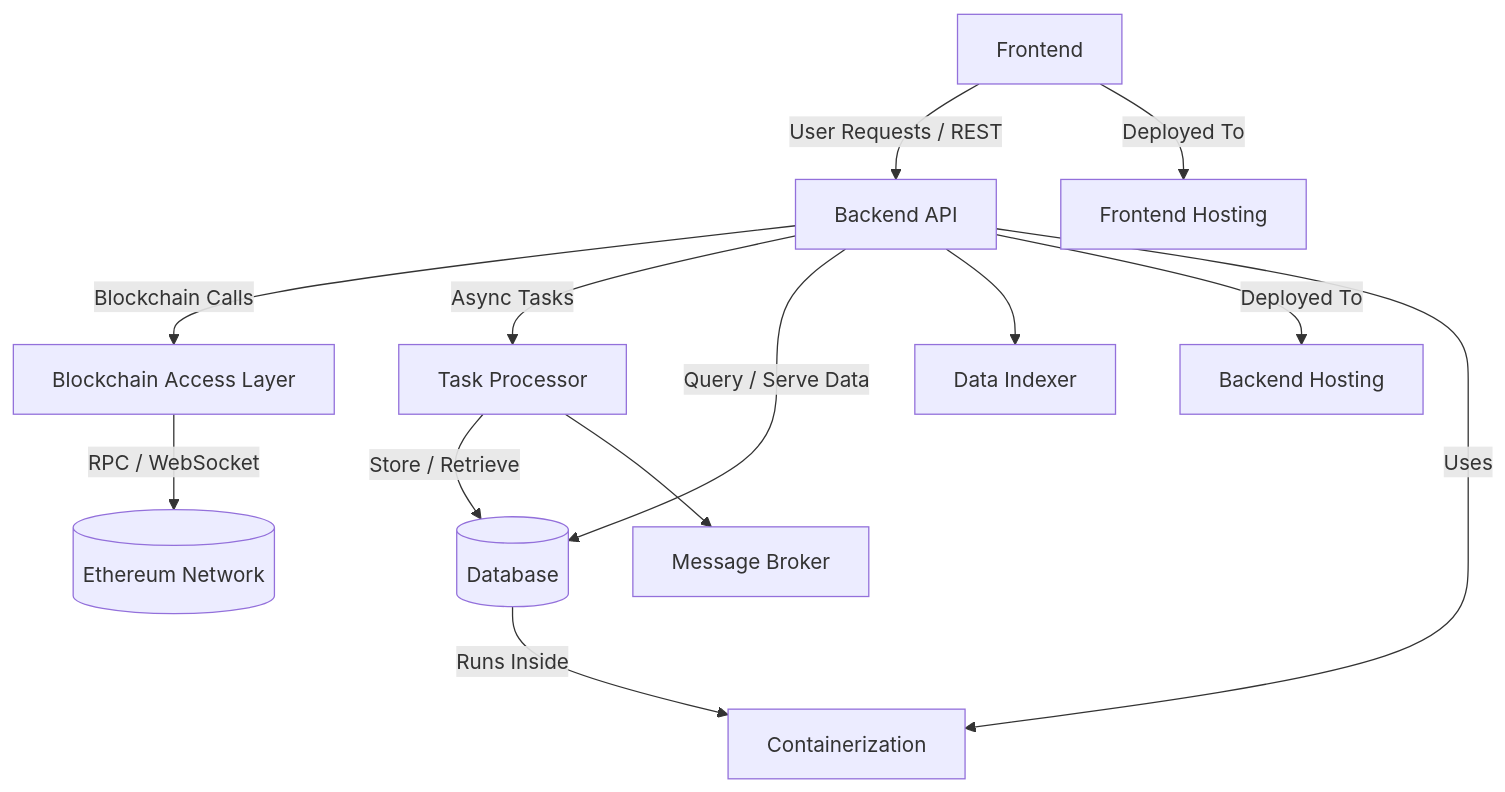
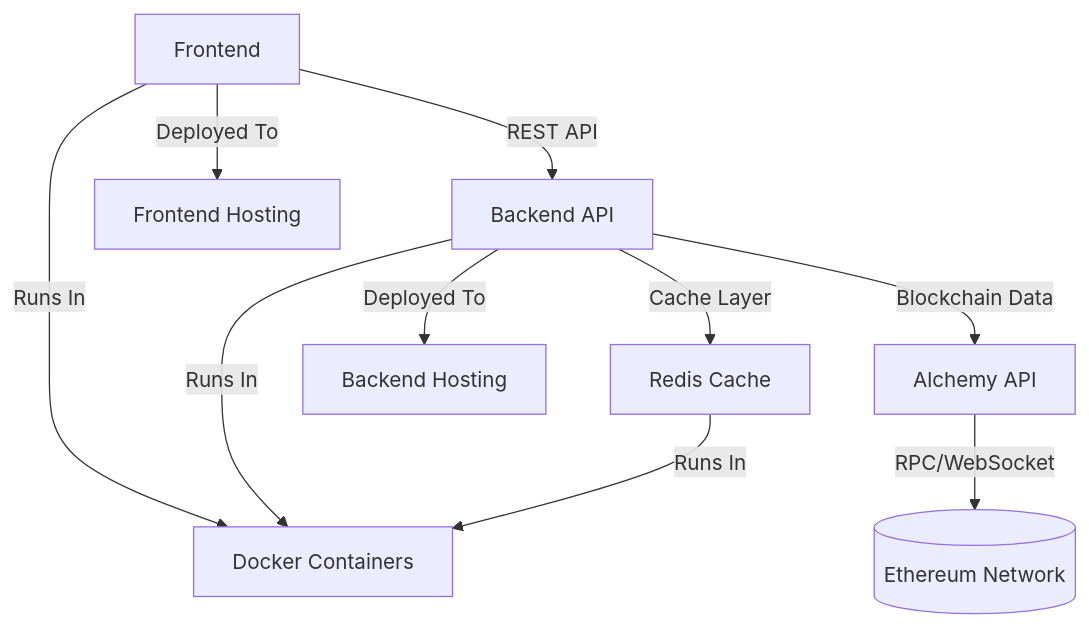
One commit to jbtwist/eth_crawler changed the diagram in README.md. Above: the diagram before and after it, drawn with Mermaid. The commit also changed other lines of this file, not shown here.

````diff
--- a/README.md
+++ b/README.md
@@ -3,27 +72,21 @@
 ```mermaid
 graph TD;
 A[Frontend]
 B[Backend API]
-C[Blockchain Access Layer]
-D[Task Processor]
-E[(Database)]
-F[(Ethereum Network)]
-G[Data Indexer]
-H[Message Broker]
-I[Containerization]
-J[Backend Hosting]
-K[Frontend Hosting]
+C[Redis Cache]
+D[Alchemy API]
+E[(Ethereum Network)]
+F[Docker Containers]
+G[Frontend Hosting]
+H[Backend Hosting]
 
-A -->|User Requests / REST| B
-B -->|Blockchain Calls| C
-C -->|RPC / WebSocket| F
-B -->|Async Tasks| D
-D -->|Store / Retrieve| E
-B -->|Query / Serve Data| E
-B --> G
-D --> H
-A -->|Deployed To| K
-B -->|Deployed To| J
-E -->|Runs Inside| I
-B -->|Uses| I
+A -->|REST API| B
+B -->|Cache Layer| C
+B -->|Blockchain Data| D
+D -->|RPC/WebSocket| E
+A -->|Deployed To| G
+B -->|Deployed To| H
+A -->|Runs In| F
+B -->|Runs In| F
+C -->|Runs In| F
 ```
````
